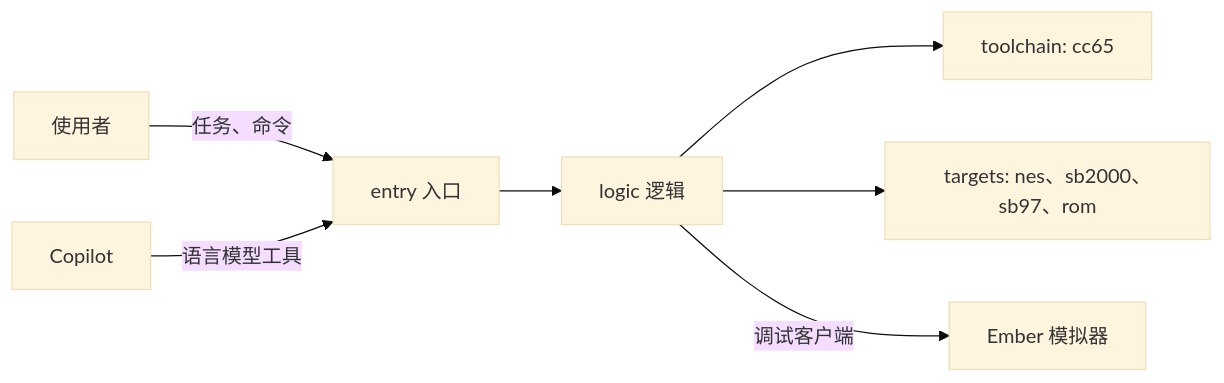
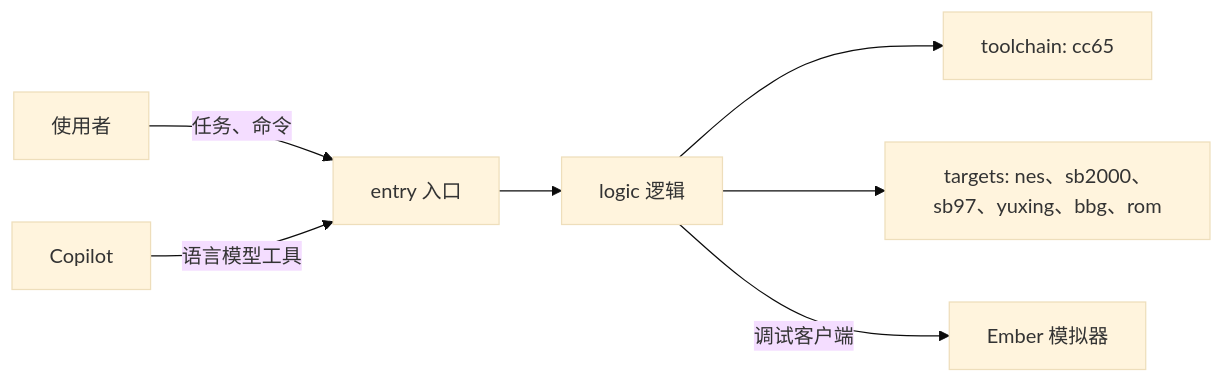
The diagram in docs/01-软件架构设计.md (sungbindev/famiclone), drawn with Mermaid (base theme) before and after one commit. The commit also changed other lines of this file and 106 other files, not shown here.

````diff
--- a/docs/01-软件架构设计.md
+++ b/docs/01-软件架构设计.md
@@ -45,9 +44,9 @@
 ```mermaid
 flowchart LR
   USER[使用者] -->|任务、命令| ENTRY[entry 入口]
   AGENT[Copilot] -->|语言模型工具| ENTRY
   ENTRY --> LOGIC[logic 逻辑]
   LOGIC --> TC[toolchain: cc65]
-  LOGIC --> TG[targets: nes、sb2000、sb97、rom]
+  LOGIC --> TG[targets: nes、sb2000、sb97、yuxing、bbg、rom]
   LOGIC -->|调试客户端| EM[Ember 模拟器]
 ```
````
